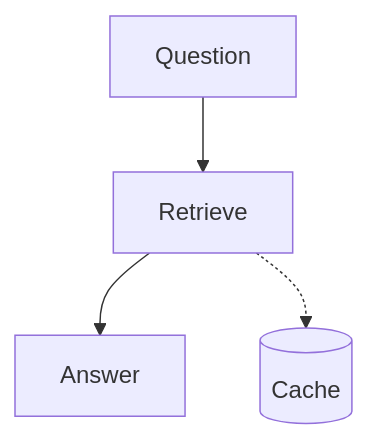
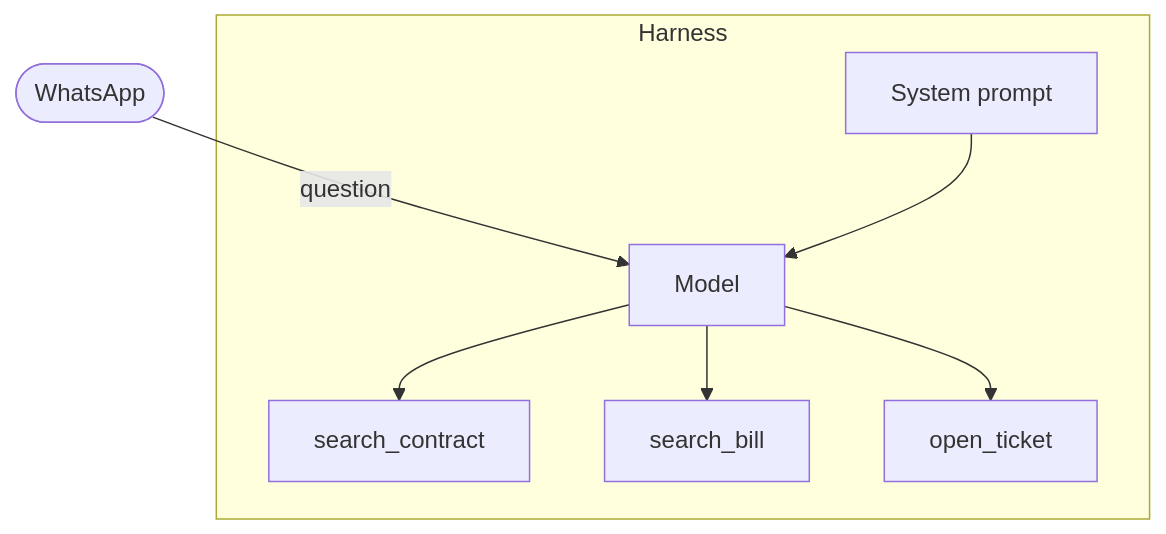
Before and after one commit to arthurbm/slidev-addon-pele: the second of 42 diagrams in showcase/slides.md, drawn with Mermaid. The commit also changed other lines of this file and 3 other files, not shown here.

````diff
--- a/showcase/slides.md
+++ b/showcase/slides.md
@@ -70,6 +110,15 @@
-```mermaid
+```mermaid {scale: 0.65}
 flowchart TB
-  question[Question] --> retrieve[Retrieve]
-  retrieve --> answer[Answer]
-  retrieve -.-> cache[(Cache)]
+  chat([WhatsApp]) -->|question| model[Model]
+  prompt[System prompt] --> model
+  model --> contract[search_contract]
+  model --> bill[search_bill]
+  model --> ticket[open_ticket]
+  subgraph harness[Harness]
+    prompt
+    model
+    contract
+    bill
+    ticket
+  end
 ```
````
